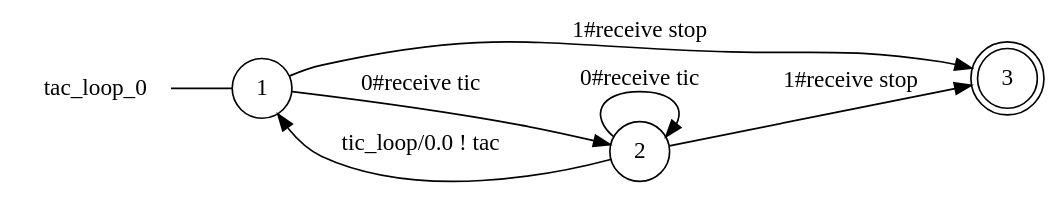
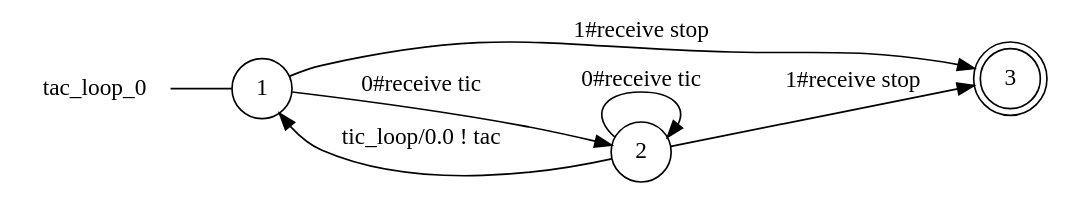
One commit to gabrielegenovese/chorer changed the diagram in examples/ticktackstop/tac_loop_0_local_view.dot. Above: the diagram before and after it, drawn with Graphviz. The commit also changed other lines of this file and 120 other files, not shown here.

```diff
--- a/examples/ticktackstop/tac_loop_0_local_view.dot
+++ b/examples/ticktackstop/tac_loop_0_local_view.dot
@@ -1,14 +1,14 @@
 digraph tac_loop_0 {
 	rankdir="LR";
 	n_0 [label="tac_loop_0", shape="plaintext"];
 	n_1 [id="1", shape=circle, label="1"];
 	n_0 -> n_1 [arrowhead=none];
 	n_2 [id="4", shape=doublecircle, label="3"];
 	n_3 [id="3", shape=circle, label="2"];
 
+	n_3 -> n_2 [id="[$e|2]", label="1#receive stop"];
+	n_3 -> n_1 [id="[$e|7]", label="tic_loop/0.0 ! tac"];
 	n_1 -> n_2 [id="[$e|6]", label="1#receive stop"];
+	n_1 -> n_3 [id="[$e|5]", label="0#receive tic"];
 	n_3 -> n_3 [id="[$e|4]", label="0#receive tic"];
-	n_1 -> n_3 [id="[$e|5]", label="0#receive tic"];
-	n_3 -> n_1 [id="[$e|7]", label="tic_loop/0.0 ! tac"];
-	n_3 -> n_2 [id="[$e|2]", label="1#receive stop"];
 }
```
